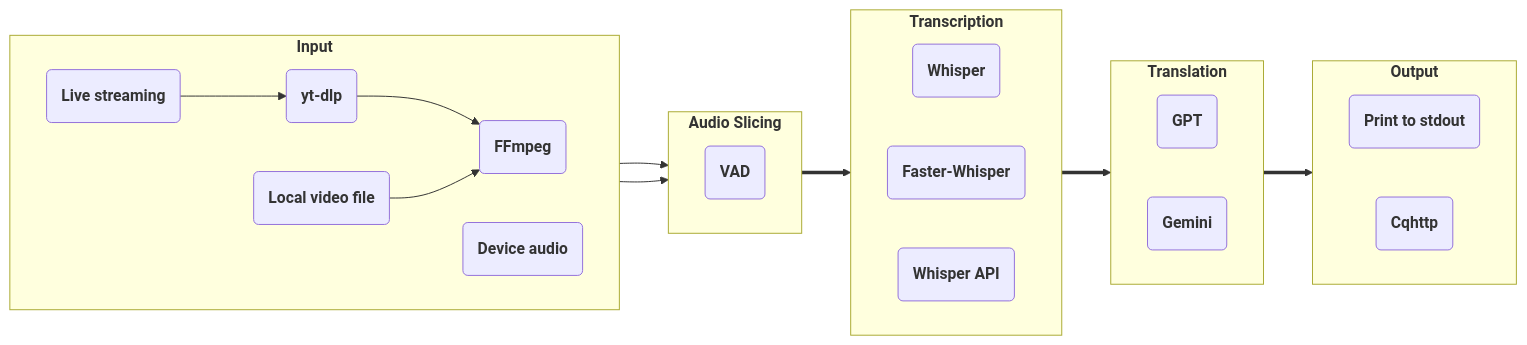
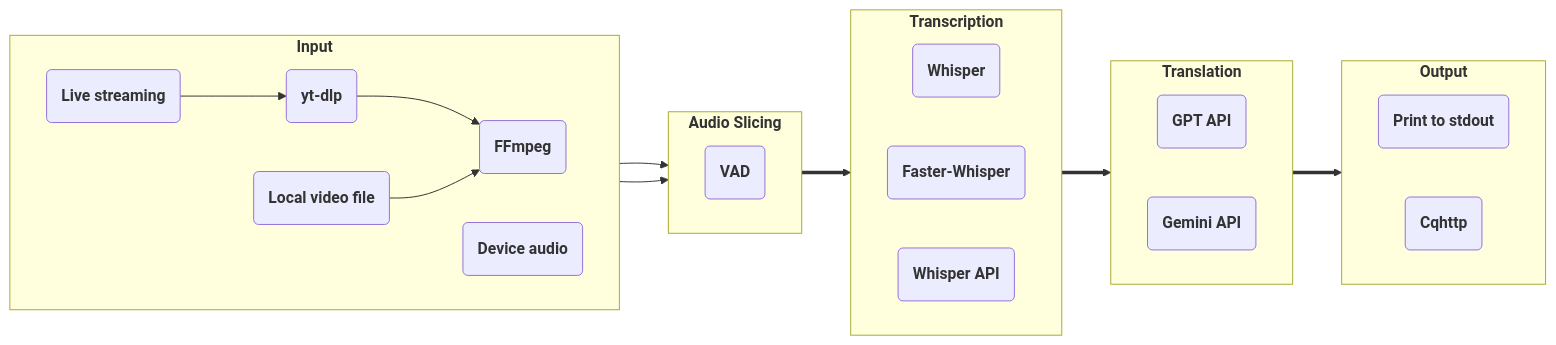
Before and after one commit to whizyre/stream-translator-gpt-deepseek: the diagram in README.md, drawn with Mermaid. The commit also changed other lines of this file, not shown here.

````diff
--- a/README.md
+++ b/README.md
@@ -4,39 +4,39 @@
 ```mermaid
 flowchart LR
     subgraph ga["`**Input**`"]
         direction LR
         aa("`**FFmpeg**`")
         ab("`**Device audio**`")
         ac("`**yt-dlp**`")
         ad("`**Local video file**`")
         ae("`**Live streaming**`")
         ac --> aa
         ad --> aa
         ae --> ac
     end
     subgraph gb["`**Audio Slicing**`"]
         direction LR
         ba("`**VAD**`")
     end
     subgraph gc["`**Transcription**`"]
         direction LR
         ca("`**Whisper**`")
         cb("`**Faster-Whisper**`")
         cc("`**Whisper API**`")
     end
     subgraph gd["`**Translation**`"]
         direction LR
-        da("`**GPT**`")
-        db("`**Gemini**`")
+        da("`**GPT API**`")
+        db("`**Gemini API**`")
     end
     subgraph ge["`**Output**`"]
         direction LR
         ea("`**Print to stdout**`")
         eb("`**Cqhttp**`")
     end
     aa --> gb
     ab --> gb
     gb ==> gc
     gc ==> gd
     gd ==> ge
 ```
````
